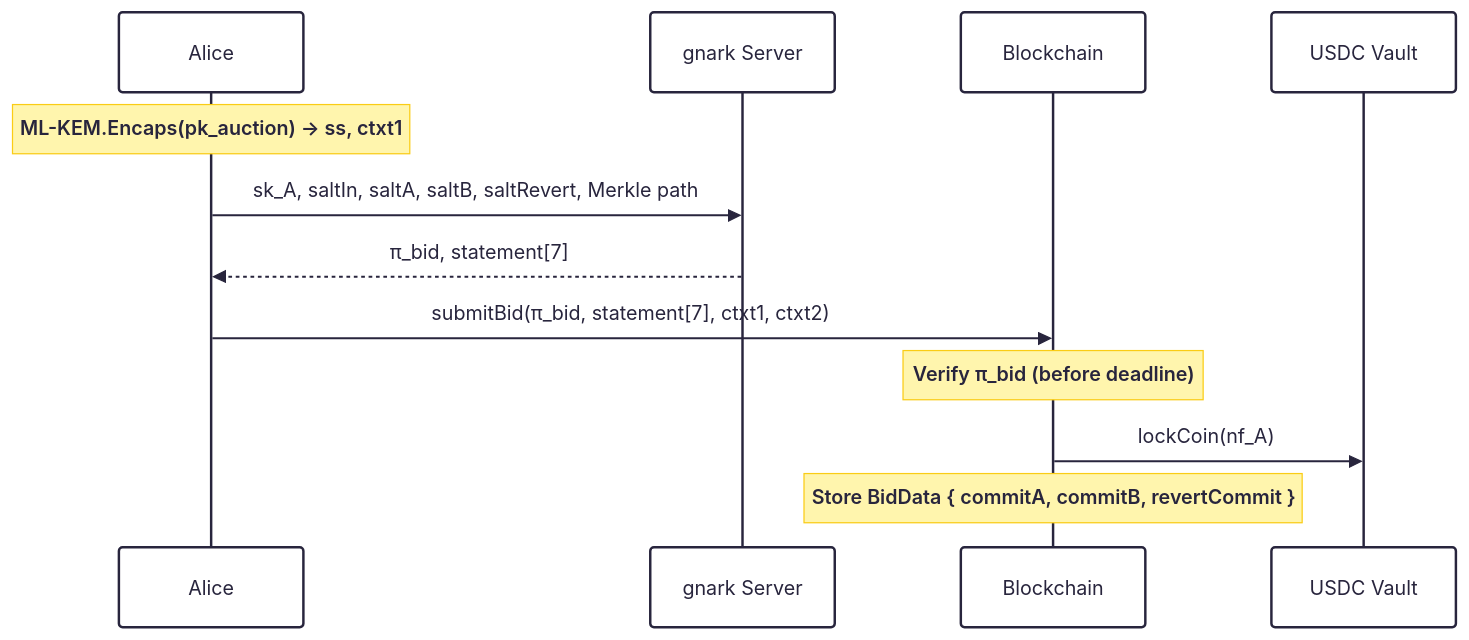
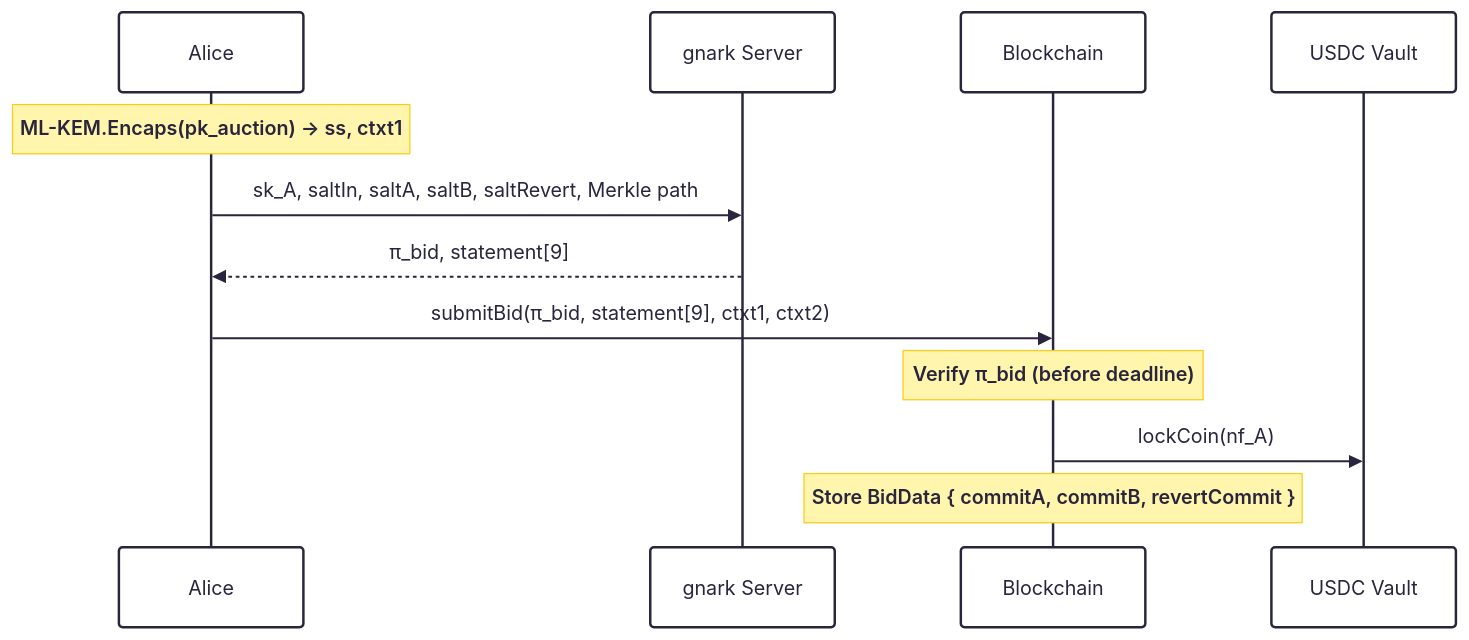
One commit to raylsnetwork/Enygma changed the third of 10 diagrams in enygma_dvp_auctions/docs/protocol_description.md. Above: the diagram before and after it, drawn with Mermaid. The commit also changed other lines of this file and 33 other files, not shown here.

````diff
--- a/enygma_dvp_auctions/docs/protocol_description.md
+++ b/enygma_dvp_auctions/docs/protocol_description.md
@@ -274,21 +274,21 @@
 ```mermaid
 ---
 config:
   theme: redux
   look: handDrawn
 ---
 sequenceDiagram
     participant Alice
     participant gnark as gnark Server
     participant Chain as Blockchain
     participant Vault as USDC Vault
 
     note over Alice: ML-KEM.Encaps(pk_auction) → ss, ctxt1
     Alice->>gnark: sk_A, saltIn, saltA, saltB, saltRevert, Merkle path
-    gnark-->>Alice: π_bid, statement[7]
+    gnark-->>Alice: π_bid, statement[9]
 
-    Alice->>Chain: submitBid(π_bid, statement[7], ctxt1, ctxt2)
+    Alice->>Chain: submitBid(π_bid, statement[9], ctxt1, ctxt2)
     note over Chain: Verify π_bid (before deadline)
     Chain->>Vault: lockCoin(nf_A)
     note over Chain: Store BidData { commitA, commitB, revertCommit }
 ```
````
